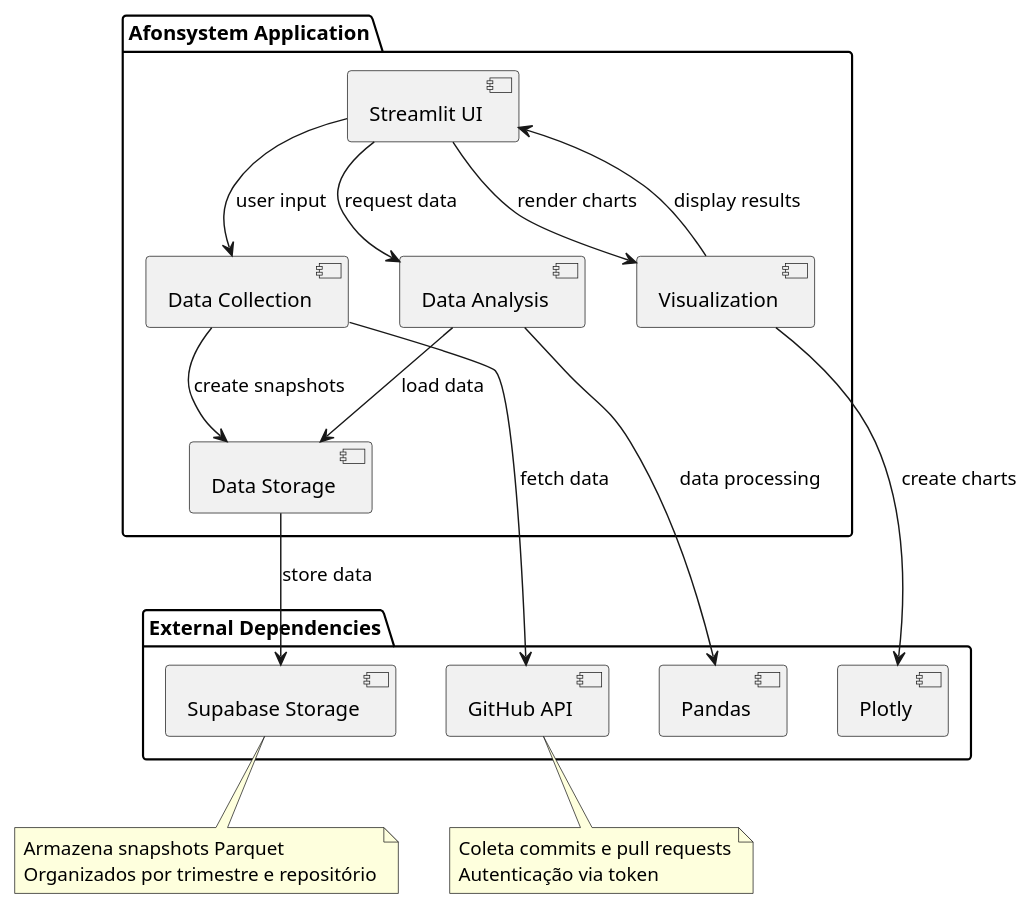
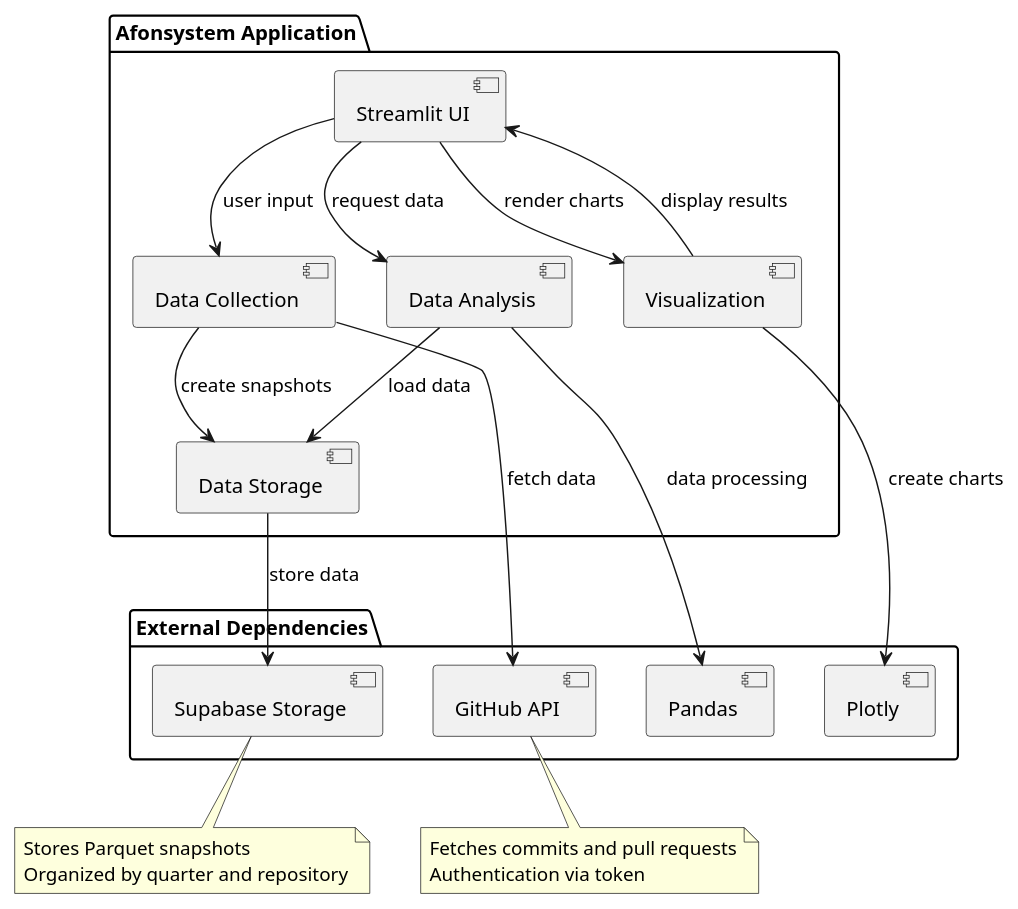
The diagram in artigos/softwarex/sistema/component_diagram.puml (afonsolelis/pesquisa_modelo_gd_apb), drawn with PlantUML before and after one commit. The commit also changed 5 other files, not shown here.

Commit message:
feat(diagrams): translate UML diagrams and documentation to English

```diff
--- a/artigos/softwarex/sistema/component_diagram.puml
+++ b/artigos/softwarex/sistema/component_diagram.puml
@@ -1,37 +1,37 @@
 @startuml
 package "Afonsystem Application" {
   [Streamlit UI] as UI
   [Data Collection] as DC
   [Data Storage] as DS
   [Data Analysis] as DA
   [Visualization] as VIZ
 }
 
 package "External Dependencies" {
   [GitHub API]
   [Supabase Storage]
   [Pandas]
   [Plotly]
 }
 
 UI --> DC : user input
 UI --> DA : request data
 UI --> VIZ : render charts
 DC --> [GitHub API] : fetch data
 DC --> DS : create snapshots
 DS --> [Supabase Storage] : store data
 DA --> DS : load data
 DA --> [Pandas] : data processing
 VIZ --> [Plotly] : create charts
 VIZ --> UI : display results
 
 note bottom of [Supabase Storage]
-  Armazena snapshots Parquet
-  Organizados por trimestre e repositório
+  Stores Parquet snapshots
+  Organized by quarter and repository
 end note
 
 note bottom of [GitHub API]
-  Coleta commits e pull requests
-  Autenticação via token
+  Fetches commits and pull requests
+  Authentication via token
 end note
 @enduml
```
